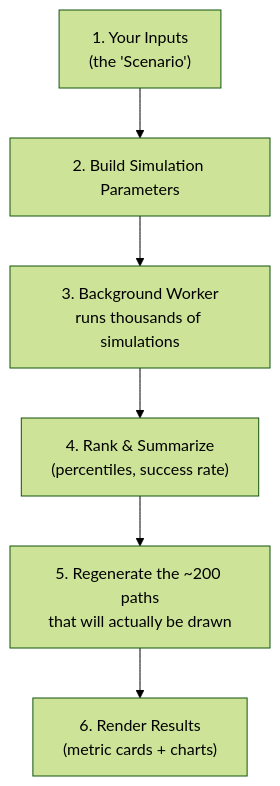
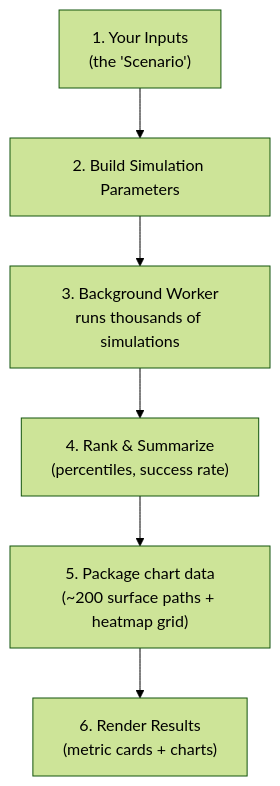
The diagram in README.md (mattPeloquin/FinanceSimulator), drawn with Mermaid (forest theme) before and after one commit. The commit also changed other lines of this file and 21 other files, not shown here.

````diff
--- a/README.md
+++ b/README.md
@@ -111,8 +84,8 @@
 ```mermaid
 flowchart TD
     A["1. Your Inputs<br/>(the 'Scenario')"] --> B["2. Build Simulation Parameters"]
     B --> C["3. Background Worker<br/>runs thousands of simulations"]
     C --> D["4. Rank & Summarize<br/>(percentiles, success rate)"]
-    D --> E["5. Regenerate the ~200 paths<br/>that will actually be drawn"]
+    D --> E["5. Package chart data<br/>(~200 surface paths + heatmap grid)"]
     E --> F["6. Render Results<br/>(metric cards + charts)"]
 ```
````
